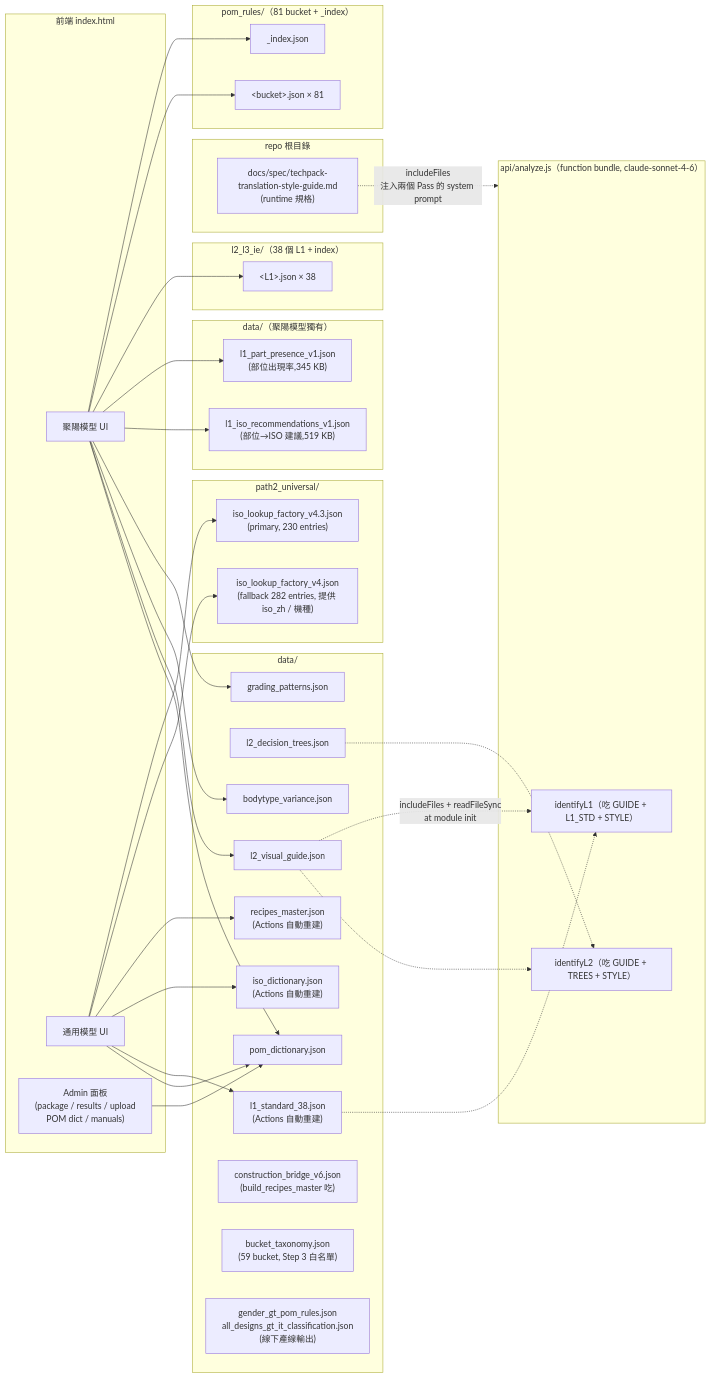
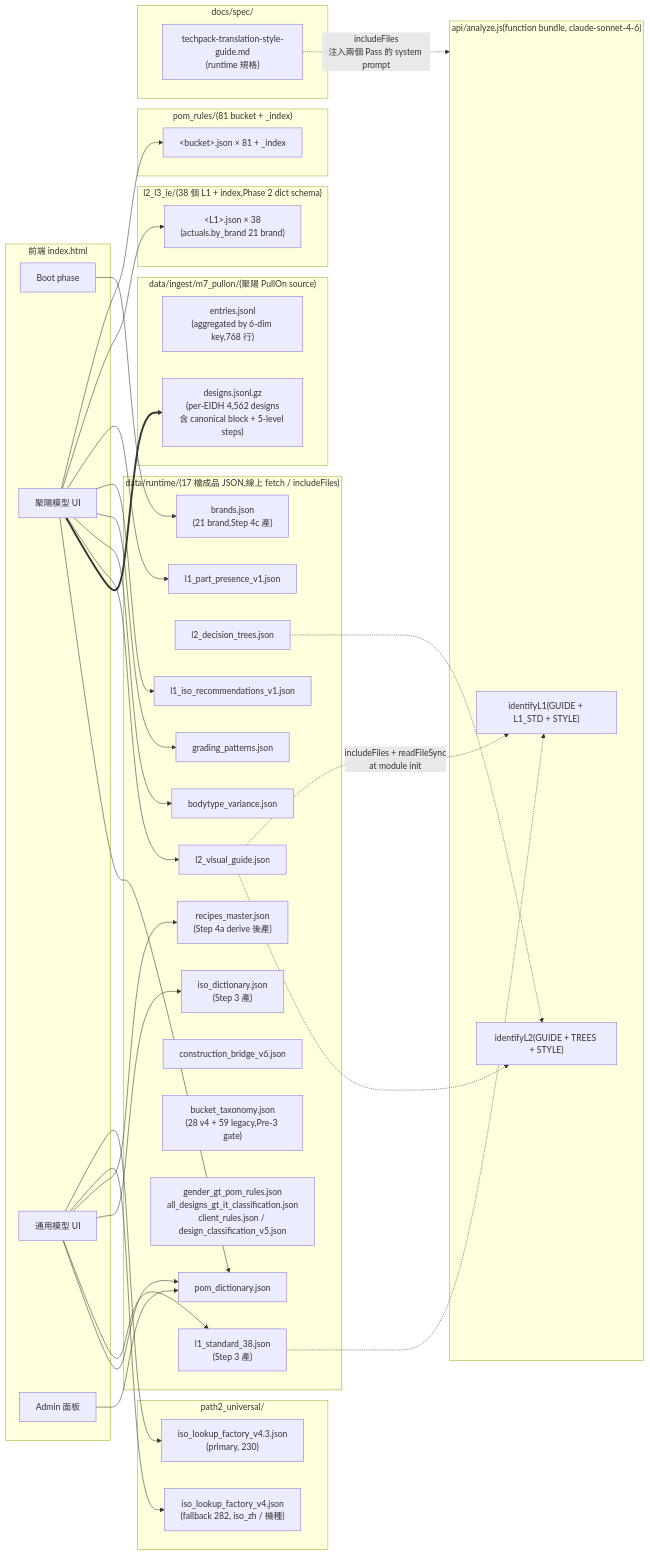
One commit to ellyfd/stytrix-techpack changed the third of 4 diagrams in docs/spec/網站架構圖.md. Above: the diagram before and after it, drawn with Mermaid. The commit also changed other lines of this file, not shown here.

First line of the commit message:
docs(網站架構圖): 重寫到 2026-05-11 快照,對齊 Phase 2 全景 + filterBibleByCategory

````diff
--- a/docs/spec/網站架構圖.md
+++ b/docs/spec/網站架構圖.md
@@ -100,51 +117,54 @@
 ```mermaid
 flowchart LR
   subgraph Front["前端 index.html"]
+    FE_boot["Boot phase"]
     FE_make["聚陽模型 UI"]
     FE_uni["通用模型 UI"]
-    FE_admin["Admin 面板<br/>(package / results / upload<br/>POM dict / manuals)"]
+    FE_admin["Admin 面板"]
   end
 
-  subgraph Fn["api/analyze.js（function bundle, claude-sonnet-4-6）"]
-    FN_pass1["identifyL1（吃 GUIDE + L1_STD + STYLE）"]
-    FN_pass2["identifyL2（吃 GUIDE + TREES + STYLE）"]
+  subgraph Fn["api/analyze.js(function bundle, claude-sonnet-4-6)"]
+    FN_pass1["identifyL1(GUIDE + L1_STD + STYLE)"]
+    FN_pass2["identifyL2(GUIDE + TREES + STYLE)"]
   end
 
-  subgraph DataDir["data/"]
+  subgraph Runtime["data/runtime/(17 檔成品 JSON,線上 fetch / includeFiles)"]
+    D_brands["brands.json<br/>(21 brand,Step 4c 產)"]
     D_guide["l2_visual_guide.json"]
     D_trees["l2_decision_trees.json"]
     D_grading["grading_patterns.json"]
     D_bodyvar["bodytype_variance.json"]
     D_pomdict["pom_dictionary.json"]
-    D_recipes["recipes_master.json<br/>(Actions 自動重建)"]
-    D_isodict["iso_dictionary.json<br/>(Actions 自動重建)"]
-    D_l1std["l1_standard_38.json<br/>(Actions 自動重建)"]
-    D_bridge["construction_bridge_v6.json<br/>(build_recipes_master 吃)"]
-    D_taxonomy["bucket_taxonomy.json<br/>(59 bucket, Step 3 白名單)"]
-    D_gender["gender_gt_pom_rules.json<br/>all_designs_gt_it_classification.json<br/>(線下產線輸出)"]
+    D_recipes["recipes_master.json<br/>(Step 4a derive 後產)"]
+    D_isodict["iso_dictionary.json<br/>(Step 3 產)"]
+    D_l1std["l1_standard_38.json<br/>(Step 3 產)"]
+    D_bridge["construction_bridge_v6.json"]
+    D_taxonomy["bucket_taxonomy.json<br/>(28 v4 + 59 legacy,Pre-3 gate)"]
+    D_gender["gender_gt_pom_rules.json<br/>all_designs_gt_it_classification.json<br/>client_rules.json / design_classification_v5.json"]
+    D_pres["l1_part_presence_v1.json"]
+    D_iso["l1_iso_recommendations_v1.json"]
   end
 
-  subgraph PomRules["pom_rules/（81 bucket + _index）"]
-    P_index["_index.json"]
-    P_files["&lt;bucket&gt;.json × 81"]
+  subgraph Ingest["data/ingest/m7_pullon/(聚陽 PullOn source)"]
+    M_entries["entries.jsonl<br/>(aggregated by 6-dim key,768 行)"]
+    M_designs["designs.jsonl.gz<br/>(per-EIDH 4,562 designs<br/>含 canonical block + 5-level steps)"]
   end
 
-  subgraph IE["l2_l3_ie/（38 個 L1 + index）"]
-    IE_files["&lt;L1&gt;.json × 38"]
+  subgraph PomRules["pom_rules/(81 bucket + _index)"]
+    P_files["&lt;bucket&gt;.json × 81 + _index"]
+  end
+
+  subgraph IE["l2_l3_ie/(38 個 L1 + index,Phase 2 dict schema)"]
+    IE_files["&lt;L1&gt;.json × 38<br/>(actuals.by_brand 21 brand)"]
   end
 
   subgraph Path2["path2_universal/"]
-    G_v43["iso_lookup_factory_v4.3.json<br/>(primary, 230 entries)"]
-    G_v4["iso_lookup_factory_v4.json<br/>(fallback 282 entries, 提供 iso_zh / 機種)"]
+    G_v43["iso_lookup_factory_v4.3.json<br/>(primary, 230)"]
+    G_v4["iso_lookup_factory_v4.json<br/>(fallback 282, iso_zh / 機種)"]
   end
 
-  subgraph Root["repo 根目錄"]
-    R_style["docs/spec/techpack-translation-style-guide.md<br/>(runtime 規格)"]
-  end
-
-  subgraph DataL1["data/（聚陽模型獨有）"]
-    R_pres["l1_part_presence_v1.json<br/>(部位出現率,345 KB)"]
-    R_iso["l1_iso_recommendations_v1.json<br/>(部位→ISO 建議,519 KB)"]
+  subgraph Spec["docs/spec/"]
+    R_style["techpack-translation-style-guide.md<br/>(runtime 規格)"]
   end
 
   %% function bundle (compile-time include)
@@ -154,15 +174,18 @@
   D_trees -.-> FN_pass2
   R_style -. "includeFiles<br/>注入兩個 Pass 的 system prompt" .-> Fn
 
+  %% Boot eager fetch
+  FE_boot --> D_brands
+
   %% 聚陽模型 runtime fetch
-  FE_make --> P_index
   FE_make --> P_files
   FE_make --> IE_files
-  FE_make --> R_pres
-  FE_make --> R_iso
+  FE_make --> D_pres
+  FE_make --> D_iso
   FE_make --> D_grading
   FE_make --> D_bodyvar
   FE_make --> D_guide
+  FE_make ==> M_designs
 
   %% 通用模型 runtime fetch
   FE_uni --> G_v43
@@ -174,7 +197,5 @@
   %% 共用
   FE_make --> D_pomdict
   FE_uni --> D_pomdict
-
-  %% admin
   FE_admin --> D_pomdict
 ```
````
